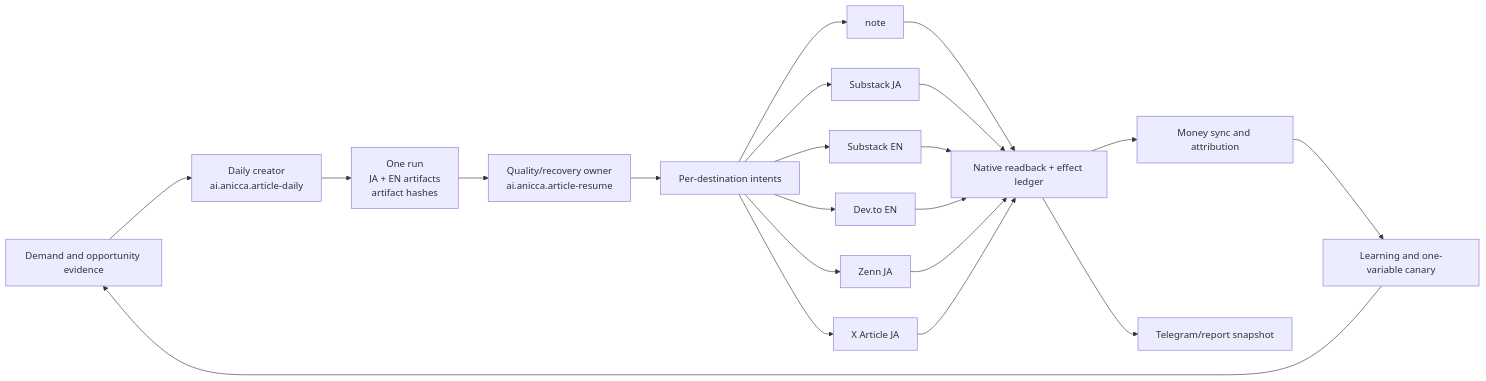
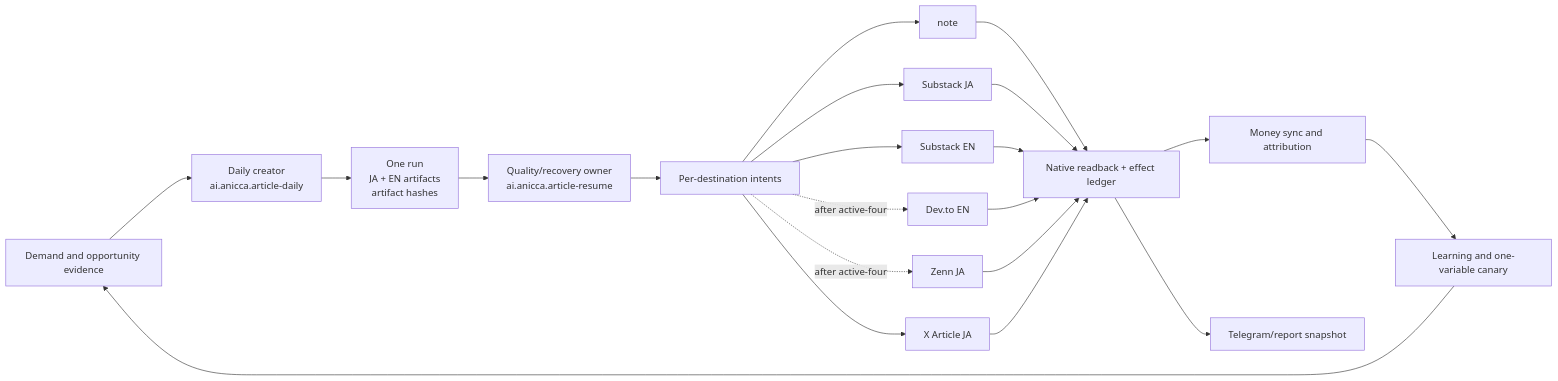
One commit to Daisuke134/life-manager changed the diagram in docs/superpowers/specs/2026-09-17-writer-loop-life-manager-main-design.md. Above: the diagram before and after it, drawn with Mermaid. The commit also changed other lines of this file, not shown here.

````diff
--- a/docs/superpowers/specs/2026-09-17-writer-loop-life-manager-main-design.md
+++ b/docs/superpowers/specs/2026-09-17-writer-loop-life-manager-main-design.md
@@ -61,23 +76,23 @@
 ```mermaid
 flowchart LR
   D[Demand and opportunity evidence] --> C[Daily creator\nai.anicca.article-daily]
   C --> A[One run\nJA + EN artifacts\nartifact hashes]
   A --> Q[Quality/recovery owner\nai.anicca.article-resume]
   Q --> P[Per-destination intents]
   P --> N[note]
   P --> SJ[Substack JA]
   P --> SE[Substack EN]
-  P --> DV[Dev.to EN]
-  P --> Z[Zenn JA]
   P --> X[X Article JA]
+  P -. after active-four .-> DV[Dev.to EN]
+  P -. after active-four .-> Z[Zenn JA]
   N --> R[Native readback + effect ledger]
   SJ --> R
   SE --> R
   DV --> R
   Z --> R
   X --> R
   R --> M[Money sync and attribution]
   R --> T[Telegram/report snapshot]
   M --> L[Learning and one-variable canary]
   L --> D
 ```
````
